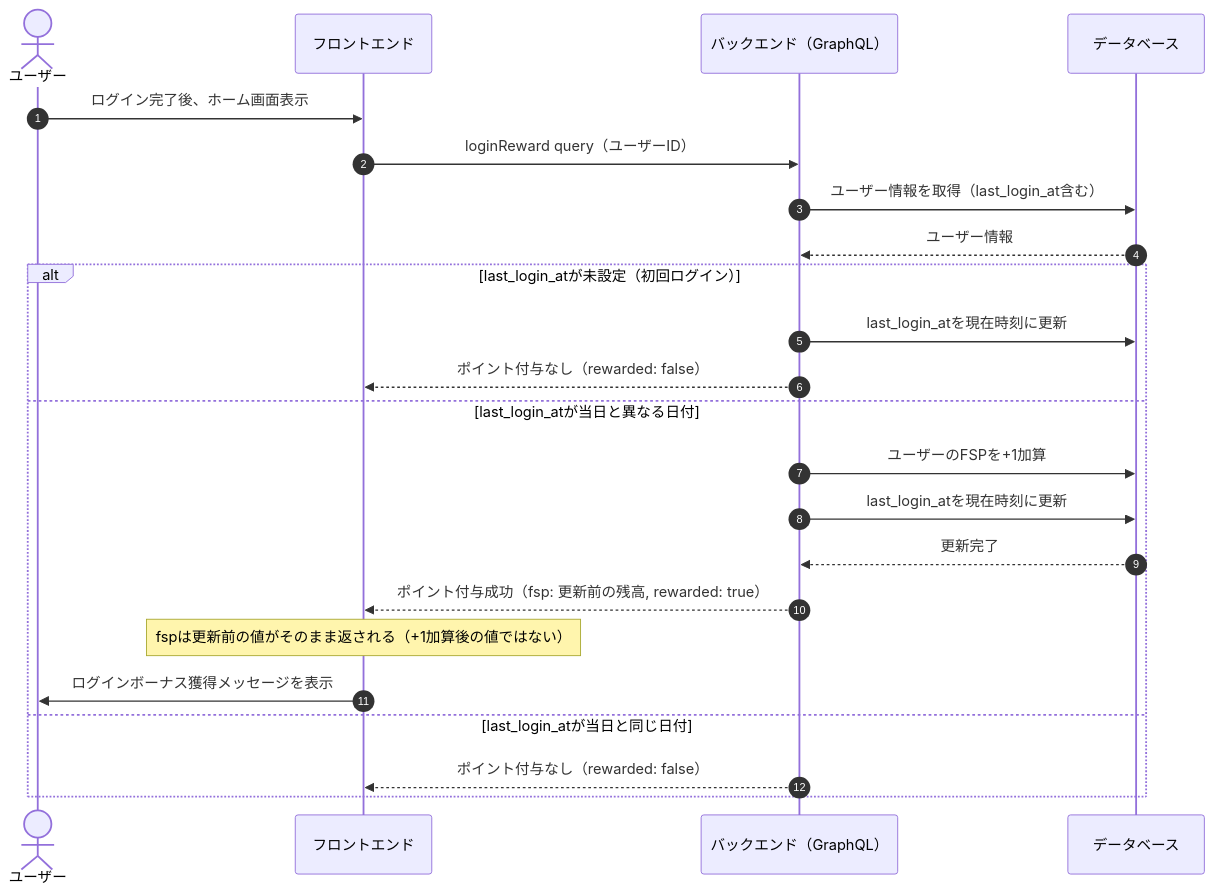
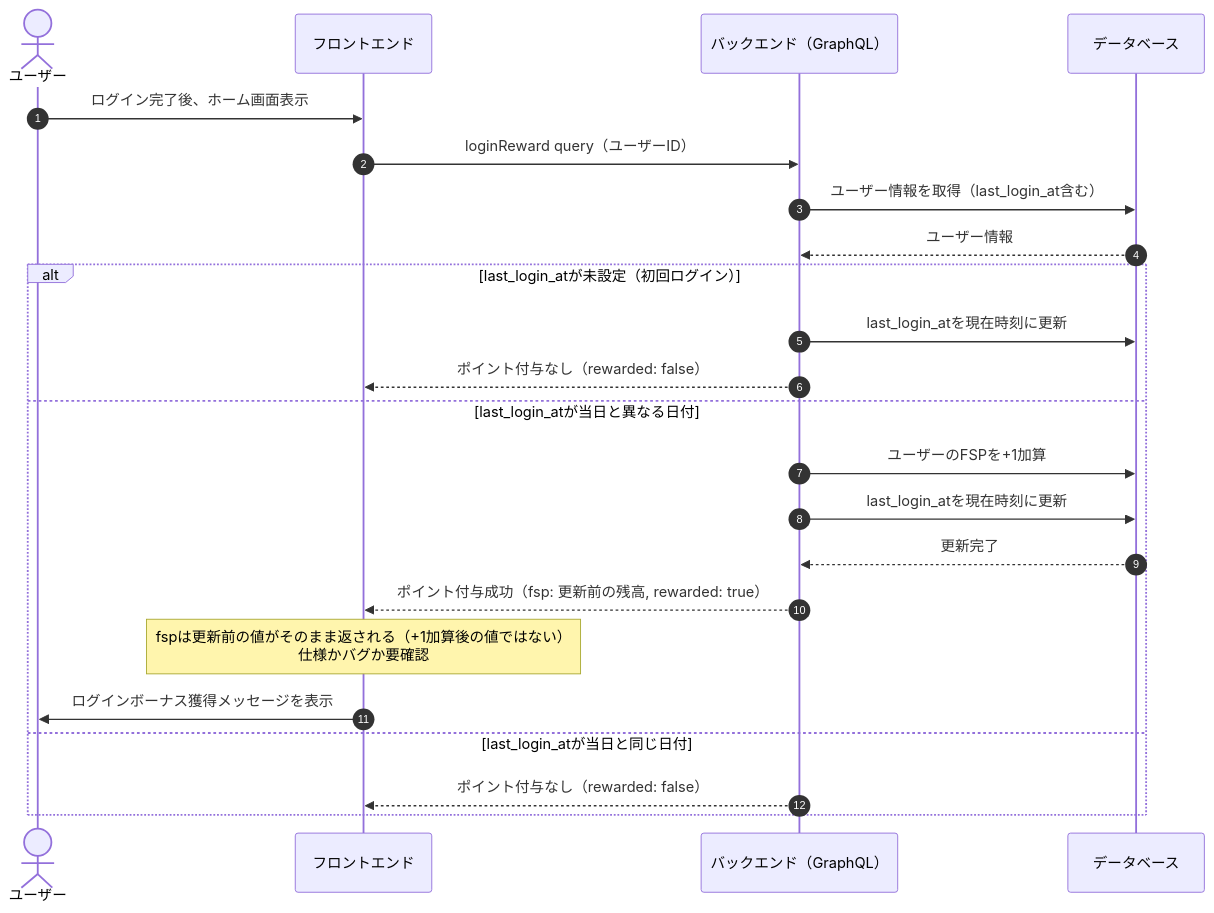
One commit to sc-hosokawa/frienda changed the sixth of 13 diagrams in docs/sequence-diagrams.md. Above: the diagram before and after it, drawn with Mermaid.

Commit message:
docs: ログインボーナスの戻り値Noteに「仕様かバグか要確認」を追記
login_rewardが更新前のFSP値を返す点について、
仕様かバグか判断保留の旨をNoteに追記。

````diff
--- a/docs/sequence-diagrams.md
+++ b/docs/sequence-diagrams.md
@@ -279,29 +279,29 @@
 ```mermaid
 sequenceDiagram
     autonumber
 
     actor ユーザー
     participant フロントエンド
     participant バックエンド as バックエンド（GraphQL）
     participant データベース
 
     ユーザー->>フロントエンド: ログイン完了後、ホーム画面表示
     フロントエンド->>バックエンド: loginReward query（ユーザーID）
 
     バックエンド->>データベース: ユーザー情報を取得（last_login_at含む）
     データベース-->>バックエンド: ユーザー情報
 
     alt last_login_atが未設定（初回ログイン）
         バックエンド->>データベース: last_login_atを現在時刻に更新
         バックエンド-->>フロントエンド: ポイント付与なし（rewarded: false）
     else last_login_atが当日と異なる日付
         バックエンド->>データベース: ユーザーのFSPを+1加算
         バックエンド->>データベース: last_login_atを現在時刻に更新
         データベース-->>バックエンド: 更新完了
         バックエンド-->>フロントエンド: ポイント付与成功（fsp: 更新前の残高, rewarded: true）
-        Note over フロントエンド: fspは更新前の値がそのまま返される（+1加算後の値ではない）
+        Note over フロントエンド: fspは更新前の値がそのまま返される（+1加算後の値ではない）<br/>仕様かバグか要確認
         フロントエンド->>ユーザー: ログインボーナス獲得メッセージを表示
     else last_login_atが当日と同じ日付
         バックエンド-->>フロントエンド: ポイント付与なし（rewarded: false）
     end
 ```
````
